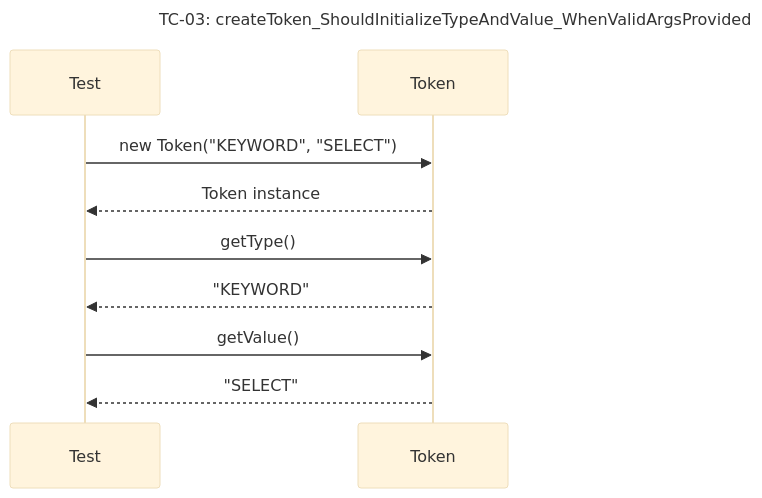
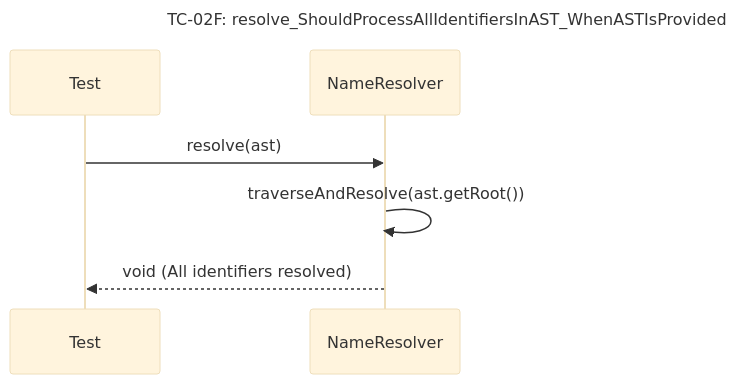
Diagram 12 of 30 in docs/unit_test/query_prossor/SequeceTestCase.md (Dikhang1112/Database_Management_BBV), drawn with Mermaid (base theme) before and after one commit. The commit also changed other lines of this file and 2 other files, not shown here.

Commit message:
Add unit test for senetic analysis

````diff
--- a/docs/unit_test/query_prossor/SequeceTestCase.md
+++ b/docs/unit_test/query_prossor/SequeceTestCase.md
@@ -159,13 +175,10 @@
 ```mermaid
 sequenceDiagram
-    title TC-03: createToken_ShouldInitializeTypeAndValue_WhenValidArgsProvided
+    title TC-02F: resolve_ShouldProcessAllIdentifiersInAST_WhenASTIsProvided
     participant Test
-    participant Token
+    participant NameResolver
 
-    Test->>Token: new Token("KEYWORD", "SELECT")
-    Token-->>Test: Token instance
-    Test->>Token: getType()
-    Token-->>Test: "KEYWORD"
-    Test->>Token: getValue()
-    Token-->>Test: "SELECT"
+    Test->>NameResolver: resolve(ast)
+    NameResolver->>NameResolver: traverseAndResolve(ast.getRoot())
+    NameResolver-->>Test: void (All identifiers resolved)
 ```
````
